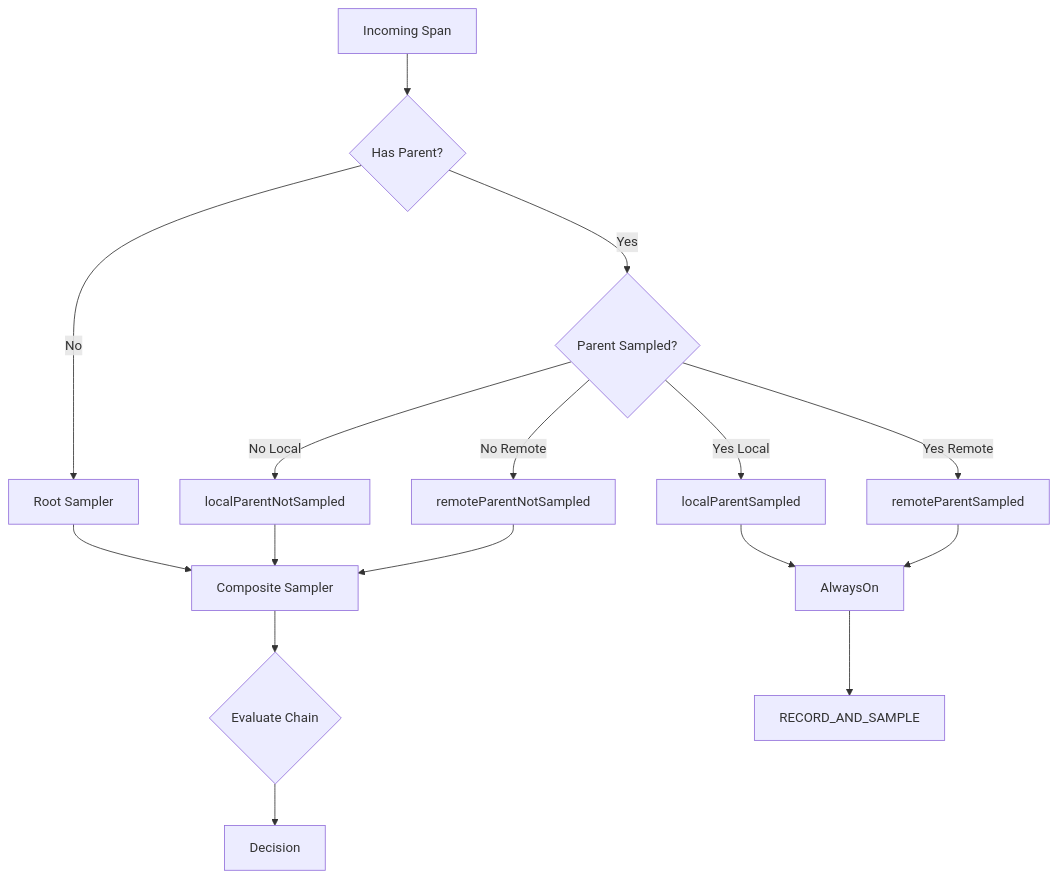
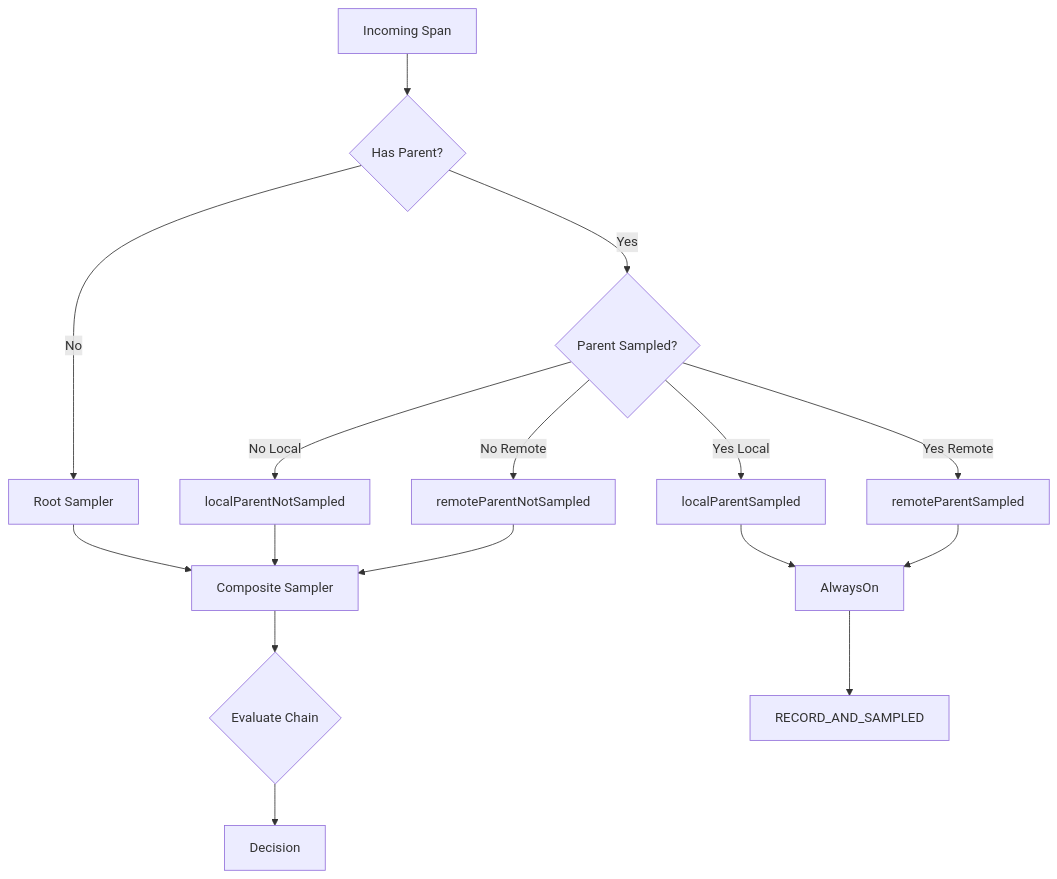
Before and after one commit to OneUptime/blog: the third of 3 diagrams in posts/2026-01-30-composite-sampling/README.md, drawn with Mermaid. The commit also changed other lines of this file and 2 other files, not shown here.

````diff
--- a/posts/2026-01-30-composite-sampling/README.md
+++ b/posts/2026-01-30-composite-sampling/README.md
@@ -588,20 +598,20 @@
 ```mermaid
 flowchart TD
     A[Incoming Span] --> B{Has Parent?}
     B -->|No| C[Root Sampler]
     B -->|Yes| D{Parent Sampled?}
     D -->|Yes Local| E[localParentSampled]
     D -->|No Local| F[localParentNotSampled]
     D -->|Yes Remote| G[remoteParentSampled]
     D -->|No Remote| H[remoteParentNotSampled]
 
     C --> I[Composite Sampler]
     E --> J[AlwaysOn]
     F --> I
     G --> J
     H --> I
 
     I --> K{Evaluate Chain}
-    J --> L[RECORD_AND_SAMPLE]
+    J --> L[RECORD_AND_SAMPLED]
     K --> M[Decision]
 ```
````
